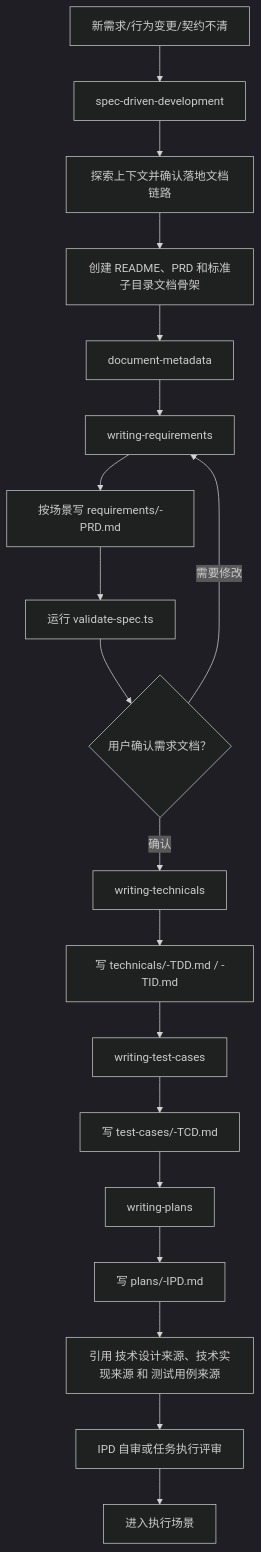
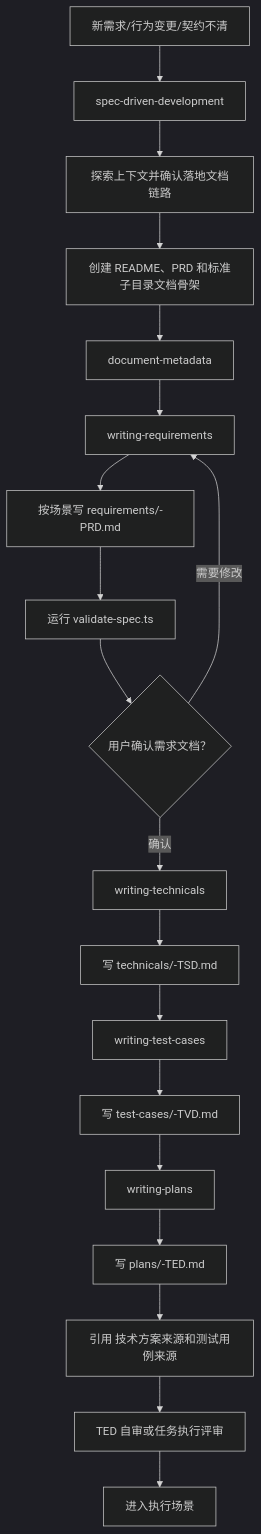
Before and after one commit to Vincen-dev/coding-plugins: the fourth of 12 diagrams in docs/workflow-chain.md, drawn with Mermaid (dark theme). The commit also changed other lines of this file and 35 other files, not shown here.

First line of the commit message:
docs(workflow): 收敛正式文档链路为 TSD/TVD/TED/VED

````diff
--- a/docs/workflow-chain.md
+++ b/docs/workflow-chain.md
@@ -212,21 +212,21 @@
 ```mermaid
 flowchart TD
   A["新需求/行为变更/契约不清"] --> B["spec-driven-development"]
   B --> C["探索上下文并确认落地文档链路"]
   C --> SCAFFOLD["创建 README、PRD 和标准子目录文档骨架"]
   SCAFFOLD --> META["document-metadata"]
   META --> D["writing-requirements"]
   D --> E["按场景写 requirements/<doc-id>-PRD.md"]
   E --> F["运行 validate-spec.ts"]
   F --> G{"用户确认需求文档？"}
   G -->|需要修改| D
   G -->|确认| TD["writing-technicals"]
-  TD --> H["写 technicals/<doc-id>-TDD.md / <doc-id>-TID.md"]
+  TD --> H["写 technicals/<doc-id>-TSD.md"]
   H --> TC["writing-test-cases"]
-  TC --> I["写 test-cases/<doc-id>-TCD.md"]
+  TC --> I["写 test-cases/<doc-id>-TVD.md"]
   I --> PLAN["writing-plans"]
-  PLAN --> J["写 plans/<doc-id>-IPD.md"]
-  J --> K["引用 技术设计来源、技术实现来源 和 测试用例来源"]
-  K --> L["IPD 自审或任务执行评审"]
+  PLAN --> J["写 plans/<doc-id>-TED.md"]
+  J --> K["引用 技术方案来源和测试用例来源"]
+  K --> L["TED 自审或任务执行评审"]
   L --> M["进入执行场景"]
 ```
````
